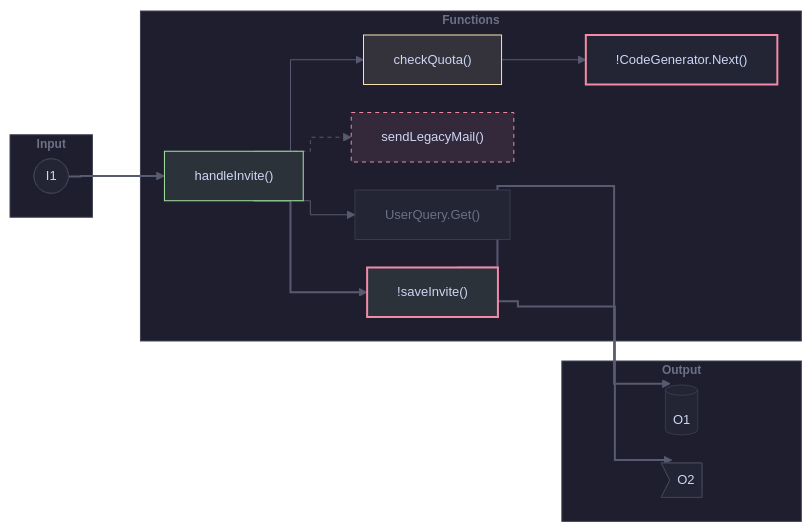
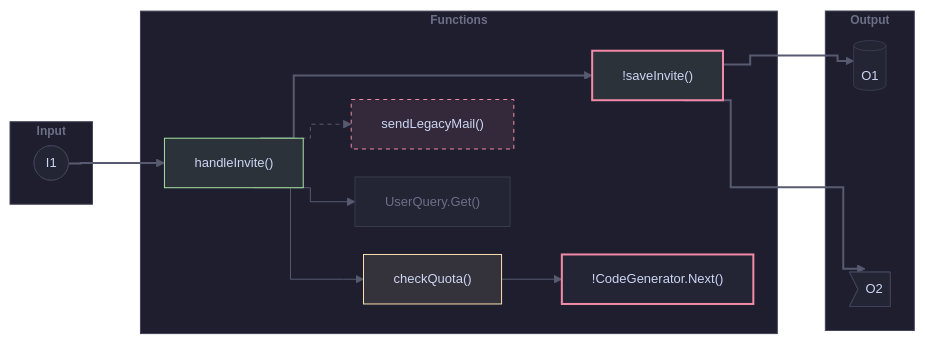
The seventh of 17 diagrams in docs/samples/craft-themes.md (gagoar/pr-brief), drawn with Mermaid before and after one commit. The commit also changed other lines of this file, not shown here.

````diff
--- a/docs/samples/craft-themes.md
+++ b/docs/samples/craft-themes.md
@@ -292,39 +306,41 @@
 ```mermaid
 %%{init: {"theme":"base","flowchart":{"curve":"step","nodeSpacing":28,"rankSpacing":48,"diagramPadding":40},"themeVariables":{"darkMode":true,"background":"#1e1e2e","fontFamily":"Inter, Helvetica, Arial","fontSize":"13px","dropShadow":"none","primaryColor":"#232434","primaryTextColor":"#cdd6f4","primaryBorderColor":"#414356","nodeTextColor":"#cdd6f4","textColor":"#cdd6f4","mainBkg":"#232434","nodeBorder":"#414356","lineColor":"#585b70","clusterBkg":"#1e1e2e","clusterBorder":"#414356","titleColor":"#6c7086","edgeLabelBackground":"#1e1e2e"}}}%%
 graph LR
   subgraph IN["Input"]
     I1(["I1"])
   end
   subgraph FN["Functions"]
     F1["handleInvite()"]:::added
     F2["checkQuota()"]:::modified
     F3["sendLegacyMail()"]:::removed
     F4["UserQuery.Get()"]:::context
     F5["!CodeGenerator.Next()"]:::risk
     F6["!saveInvite()"]:::riskadded
   end
   subgraph OUT["Output"]
     O1[("O1")]
     O2>"O2"]
   end
   I1 ==> F1
   F1 --> F2
   F1 --> F4
   F2 --> F5
   F1 ==> F6
   F1 -.-> F3
   F6 ==> O1
   F6 ==> O2
+  F5 ~~~ O1
+  F5 ~~~ O2
   classDef default fill:#232434,stroke:#414356,stroke-width:0.75px,color:#cdd6f4,font-weight:500
   classDef added fill:#2c323a,stroke:#a6e3a1,stroke-width:1px,color:#cdd6f4,font-weight:500
   classDef modified fill:#34323b,stroke:#f9e2af,stroke-width:1px,color:#cdd6f4,font-weight:500
   classDef removed fill:#33293a,stroke:#f38ba8,stroke-width:1px,stroke-dasharray:4 4,color:#cdd6f4,font-weight:500
   classDef context fill:#232434,stroke:#414356,stroke-width:0.75px,color:#6c7086,font-weight:500
   classDef risk fill:#232434,stroke:#f38ba8,stroke-width:2px,color:#cdd6f4,font-weight:500
   classDef riskadded fill:#2c323a,stroke:#f38ba8,stroke-width:2px,color:#cdd6f4,font-weight:500
   classDef zone fill:#1e1e2e,stroke:#414356,stroke-width:1px,color:#6c7086,font-weight:600,font-size:12px
   class IN,FN,OUT zone
-  linkStyle default stroke:#585b70,stroke-width:1px
+  linkStyle 1,2,3 stroke:#585b70,stroke-width:1px
   linkStyle 0,4,6,7 stroke:#585b70,stroke-width:2px
   linkStyle 5 stroke:#585b70,stroke-width:1px,stroke-dasharray:4 4
 ```
````
